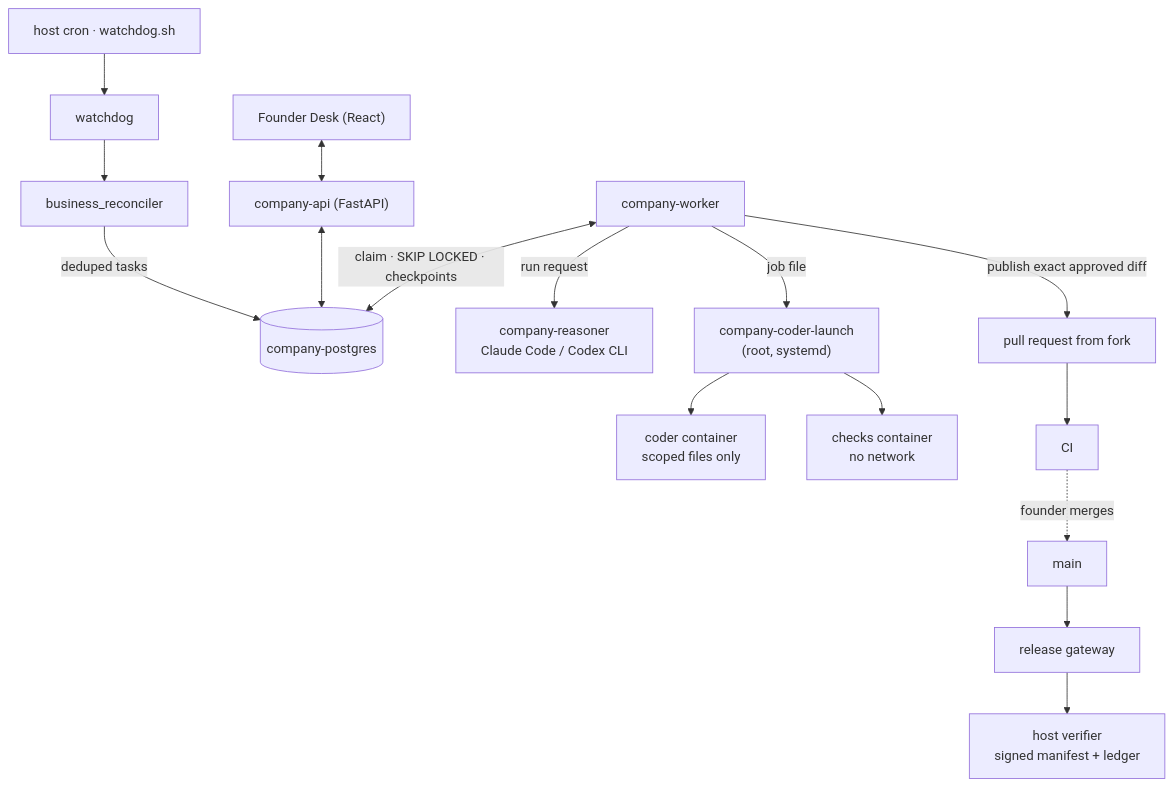
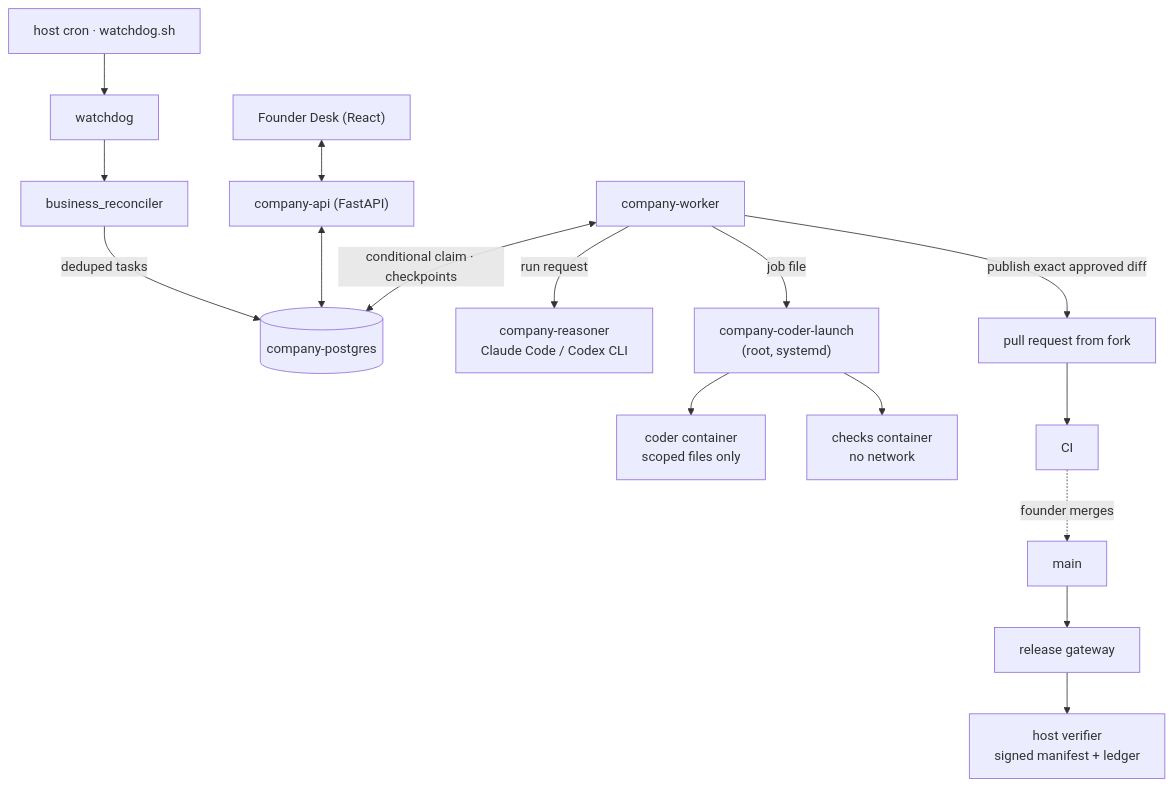
The diagram in src/content/projects/seerxo-os.md (semihbugrasezer/sezz.dev), drawn with Mermaid before and after one commit. The commit also changed other lines of this file and 5 other files, not shown here.

````diff
--- a/src/content/projects/seerxo-os.md
+++ b/src/content/projects/seerxo-os.md
@@ -70,17 +70,17 @@
 ```mermaid
 flowchart TB
   cron["host cron · watchdog.sh"] --> WD["watchdog"]
   WD --> BR["business_reconciler"]
   BR -->|"deduped tasks"| PG[("company-postgres")]
   Desk["Founder Desk (React)"] <--> API["company-api (FastAPI)"]
   API <--> PG
-  W["company-worker"] <-->|"claim · SKIP LOCKED · checkpoints"| PG
+  W["company-worker"] <-->|"conditional claim · checkpoints"| PG
   W -->|"run request"| R["company-reasoner<br/>Claude Code / Codex CLI"]
   W -->|"job file"| L["company-coder-launch<br/>(root, systemd)"]
   L --> C["coder container<br/>scoped files only"]
   L --> K["checks container<br/>no network"]
   W -->|"publish exact approved diff"| PR["pull request from fork"]
   PR --> CI["CI"]
   CI -.->|"founder merges"| M["main"]
   M --> GW["release gateway"] --> HV["host verifier<br/>signed manifest + ledger"]
 ```
````
